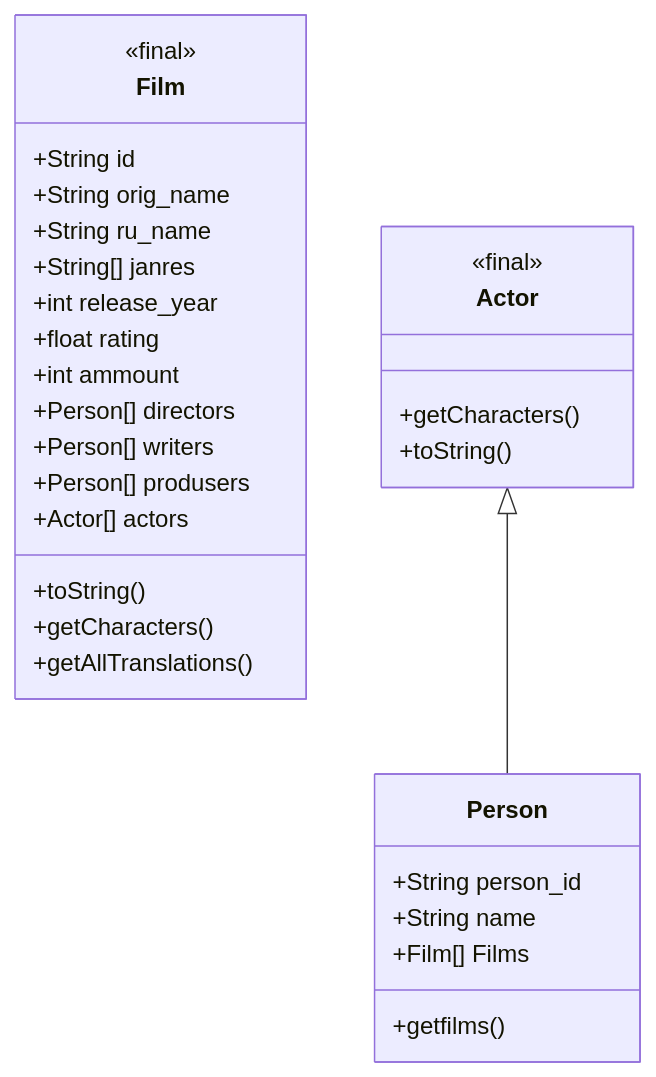
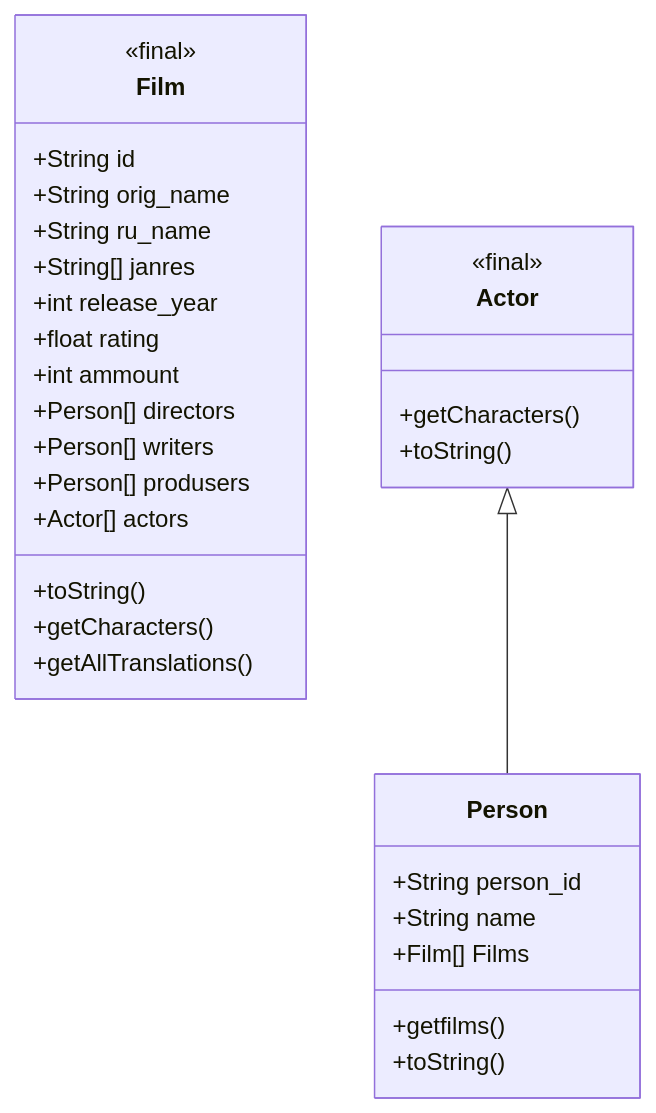
One commit to mmonastyrskiy/Programming_3_sem changed the diagram in Java_OOP/Monastyrskiy/Java_project/docs/structure.md. Above: the diagram before and after it, drawn with Mermaid. The commit also changed 11 other files, not shown here.

````diff
--- a/Java_OOP/Monastyrskiy/Java_project/docs/structure.md
+++ b/Java_OOP/Monastyrskiy/Java_project/docs/structure.md
@@ -14,39 +14,40 @@
 ```mermaid
 classDiagram
     class Film{
     	<<final>>
     	+String id
     	+String orig_name
     	+String ru_name
     	+String[] janres
     	+int release_year
     	+float rating
     	+int ammount
     	+Person[] directors
     	+Person[] writers
     	+Person[] produsers
     	+Actor[] actors
     	+toString()
     	+getCharacters()
     	+getAllTranslations()
 
 
     }
     class Person{
     	+String person_id
     	+String name
     	+Film[] Films
     	+getfilms()
+        +toString()
 
     }
     class Actor{
     	<<final>>
     	+getCharacters()
     	+toString()
 
 
 
     }
     Actor <|-- Person  
 
 ```
````
